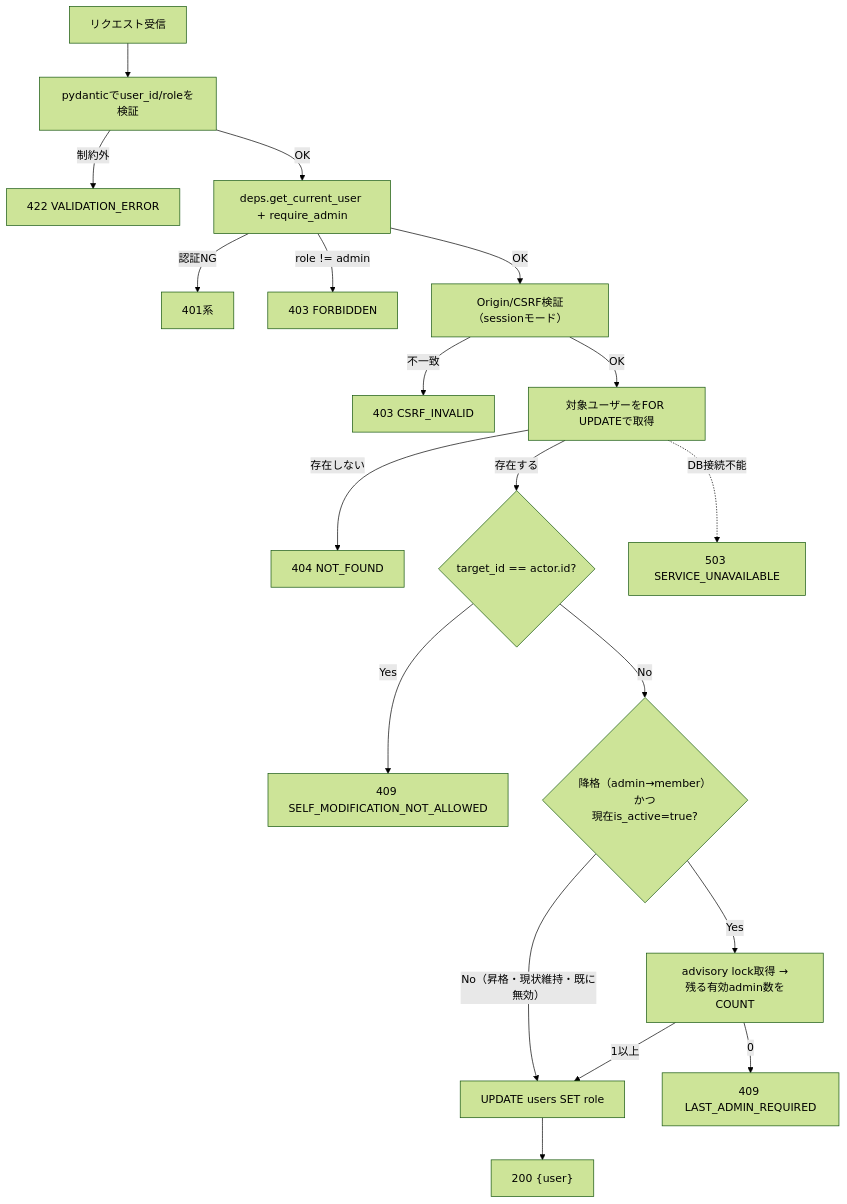
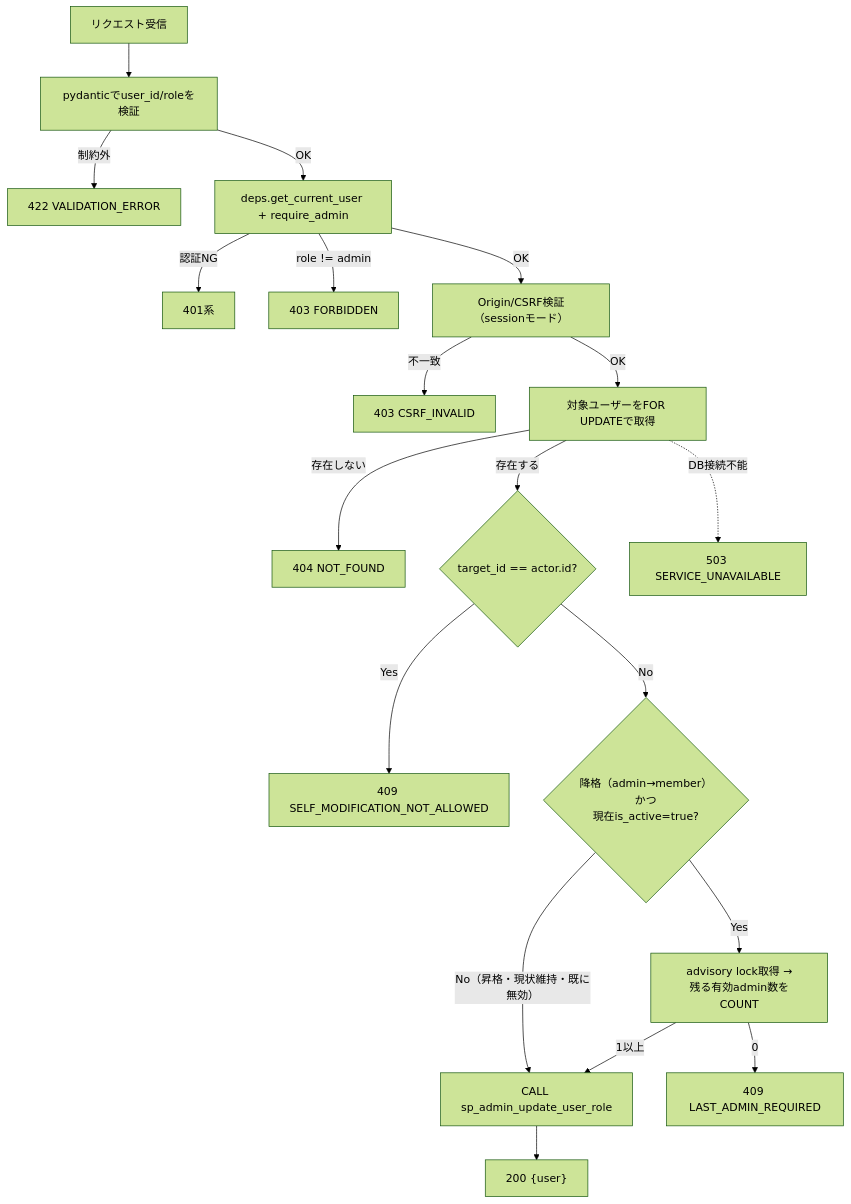
Before and after one commit to oikawa-d/task_management: the second of 4 diagrams in detailed_design/api/admin/02_patch_admin_user_role.md, drawn with Mermaid (forest theme). The commit also changed other lines of this file and 58 other files, not shown here.

````diff
--- a/detailed_design/api/admin/02_patch_admin_user_role.md
+++ b/detailed_design/api/admin/02_patch_admin_user_role.md
@@ -148,21 +148,21 @@
 ```mermaid
 flowchart TB
     A["リクエスト受信"] --> B["pydanticでuser_id/roleを検証"]
     B -->|"制約外"| B1["422 VALIDATION_ERROR"]
     B -->|"OK"| C["deps.get_current_user + require_admin"]
     C -->|"認証NG"| C1["401系"]
     C -->|"role != admin"| C2["403 FORBIDDEN"]
     C -->|"OK"| D["Origin/CSRF検証（sessionモード）"]
     D -->|"不一致"| D1["403 CSRF_INVALID"]
     D -->|"OK"| E["対象ユーザーをFOR UPDATEで取得"]
     E -->|"存在しない"| E1["404 NOT_FOUND"]
     E -->|"存在する"| F{"target_id == actor.id?"}
     F -->|"Yes"| F1["409 SELF_MODIFICATION_NOT_ALLOWED"]
     F -->|"No"| G{"降格（admin→member）かつ<br/>現在is_active=true?"}
-    G -->|"No（昇格・現状維持・既に無効）"| I["UPDATE users SET role"]
+    G -->|"No（昇格・現状維持・既に無効）"| I["CALL sp_admin_update_user_role"]
     G -->|"Yes"| H["advisory lock取得 →<br/>残る有効admin数をCOUNT"]
     H -->|"0"| H1["409 LAST_ADMIN_REQUIRED"]
     H -->|"1以上"| I
     I --> J["200 {user}"]
     E -.->|"DB接続不能"| K["503 SERVICE_UNAVAILABLE"]
 ```
````
